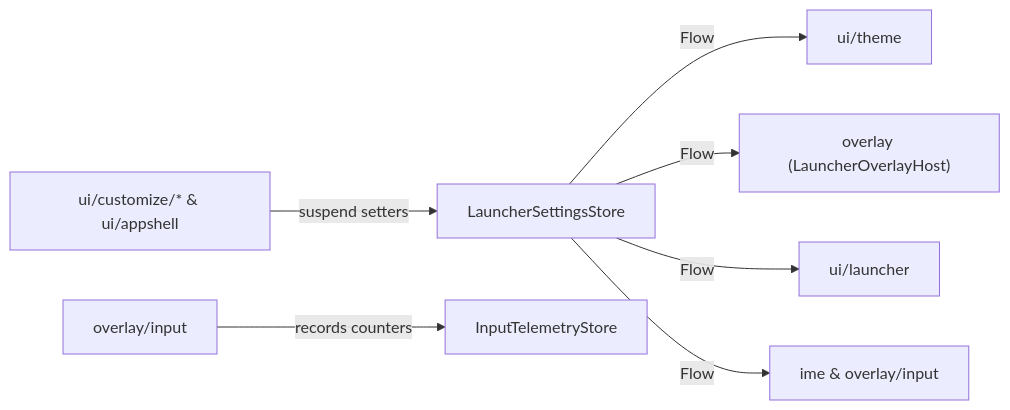
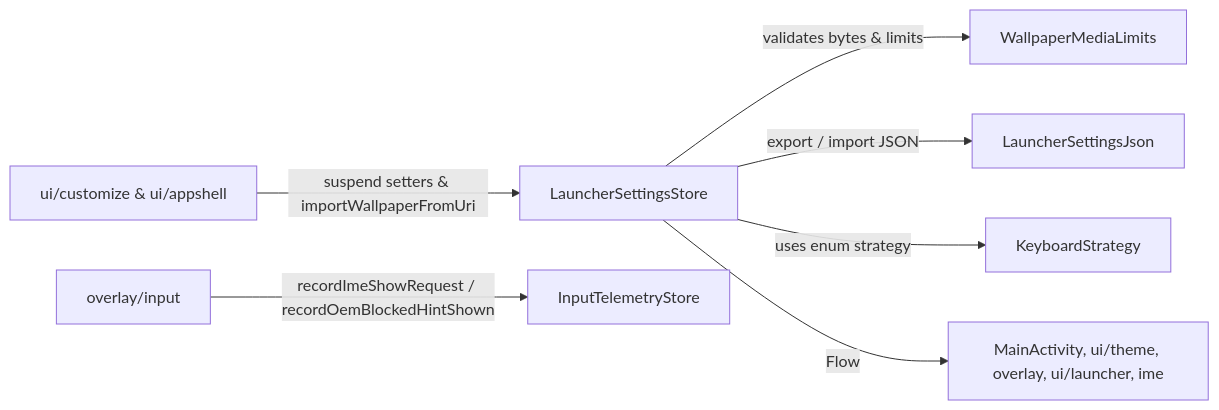
Before and after one commit to tyejaedon/Cover-Screen-OS: the diagram in app/src/main/java/com/tyejaedon/coverscreenos/datastore/README.md, drawn with Mermaid. The commit also changed other lines of this file and 157 other files, not shown here.

````diff
--- a/app/src/main/java/com/tyejaedon/coverscreenos/datastore/README.md
+++ b/app/src/main/java/com/tyejaedon/coverscreenos/datastore/README.md
@@ -17,9 +101,9 @@
 ```mermaid
 flowchart LR
-    Customize["ui/customize/* & ui/appshell"] -->|"suspend setters"| Store["LauncherSettingsStore"]
-    Store -->|"Flow<LauncherSettings>"| Theme["ui/theme"]
-    Store -->|"Flow<LauncherSettings>"| Overlay["overlay (LauncherOverlayHost)"]
-    Store -->|"Flow<LauncherSettings>"| Launcher["ui/launcher"]
-    Store -->|"Flow<LauncherSettings>"| IME["ime & overlay/input"]
-    Input["overlay/input"] -->|"records counters"| Telemetry["InputTelemetryStore"]
+    UI["ui/customize & ui/appshell"] -->|"suspend setters & importWallpaperFromUri"| Store["LauncherSettingsStore"]
+    Store -->|"validates bytes & limits"| Limits["WallpaperMediaLimits"]
+    Store -->|"export / import JSON"| Json["LauncherSettingsJson"]
+    Store -->|"uses enum strategy"| Strategy["KeyboardStrategy"]
+    Store -->|"Flow<LauncherSettings>"| Consumers["MainActivity, ui/theme, overlay, ui/launcher, ime"]
+    OverlayInput["overlay/input"] -->|"recordImeShowRequest / recordOemBlockedHintShown"| Telemetry["InputTelemetryStore"]
 ```
````
